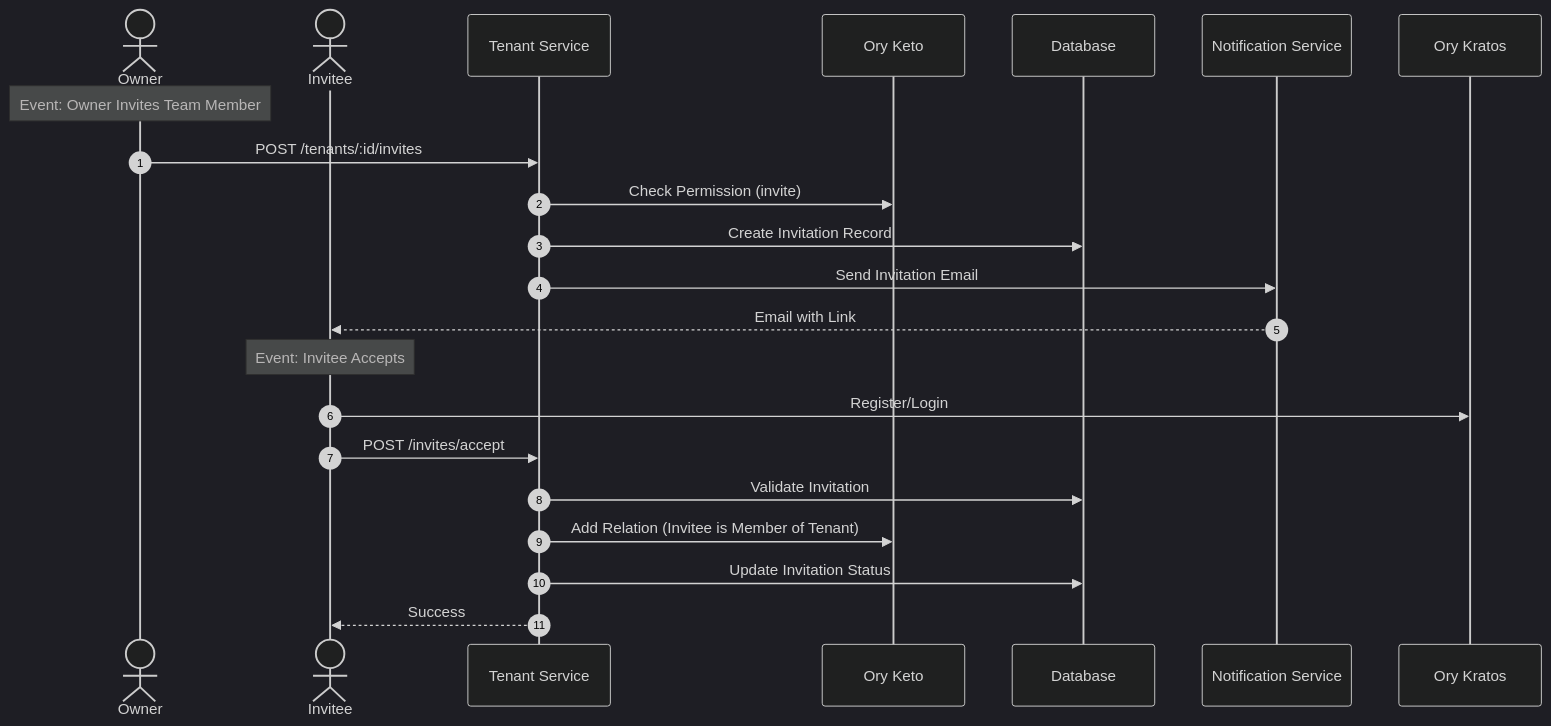
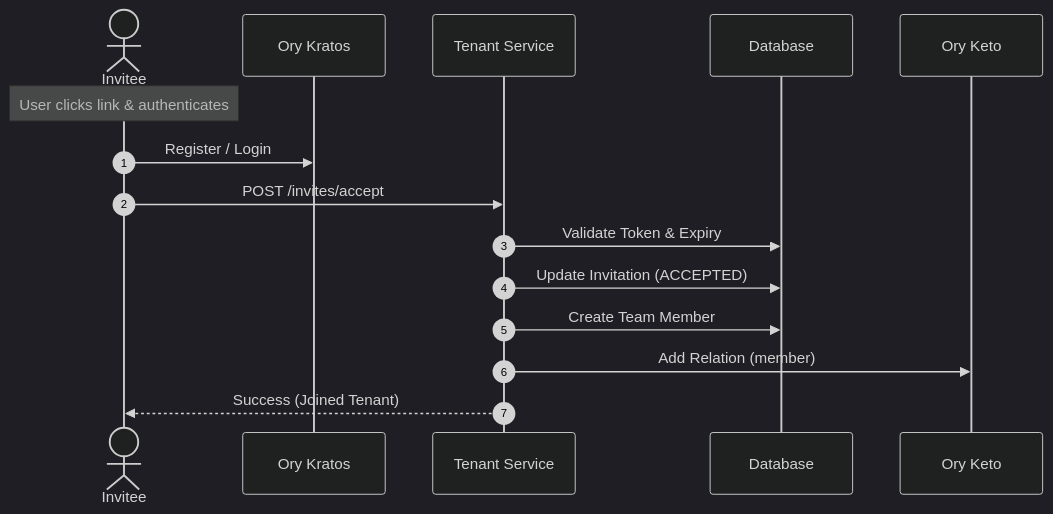
One commit to Digital-Rogue-Wave/referral-pulse-tenant-svc changed the fifth of 17 diagrams in README.md. Above: the diagram before and after it, drawn with Mermaid (dark theme). The commit also changed other lines of this file and 33 other files, not shown here.

````diff
--- a/README.md
+++ b/README.md
@@ -143,26 +186,18 @@
 ```mermaid
 sequenceDiagram
     autonumber
-    actor Owner
     actor Invitee
+    participant Kratos as Ory Kratos
     participant TS as Tenant Service
+    participant DB as Database
     participant Keto as Ory Keto
-    participant DB as Database
-    participant Mail as Notification Service
-    participant Kratos as Ory Kratos
 
-    Note over Owner: Event: Owner Invites Team Member
-    Owner->>TS: POST /tenants/:id/invites
-    TS->>Keto: Check Permission (invite)
-    TS->>DB: Create Invitation Record
-    TS->>Mail: Send Invitation Email
-    Mail-->>Invitee: Email with Link
-
-    Note over Invitee: Event: Invitee Accepts
-    Invitee->>Kratos: Register/Login
+    Note over Invitee: User clicks link & authenticates
+    Invitee->>Kratos: Register / Login
     Invitee->>TS: POST /invites/accept
-    TS->>DB: Validate Invitation
-    TS->>Keto: Add Relation (Invitee is Member of Tenant)
-    TS->>DB: Update Invitation Status
-    TS-->>Invitee: Success
+    TS->>DB: Validate Token & Expiry
+    TS->>DB: Update Invitation (ACCEPTED)
+    TS->>DB: Create Team Member
+    TS->>Keto: Add Relation (member)
+    TS-->>Invitee: Success (Joined Tenant)
 ```
````
